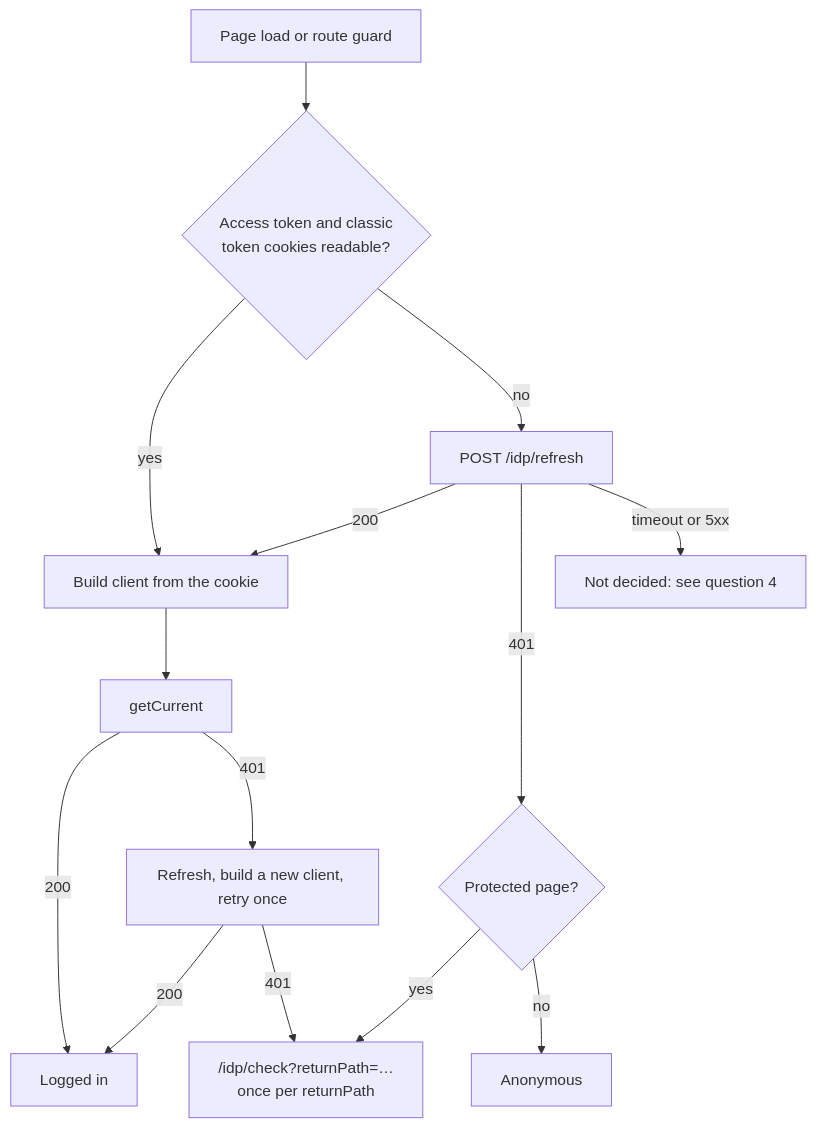
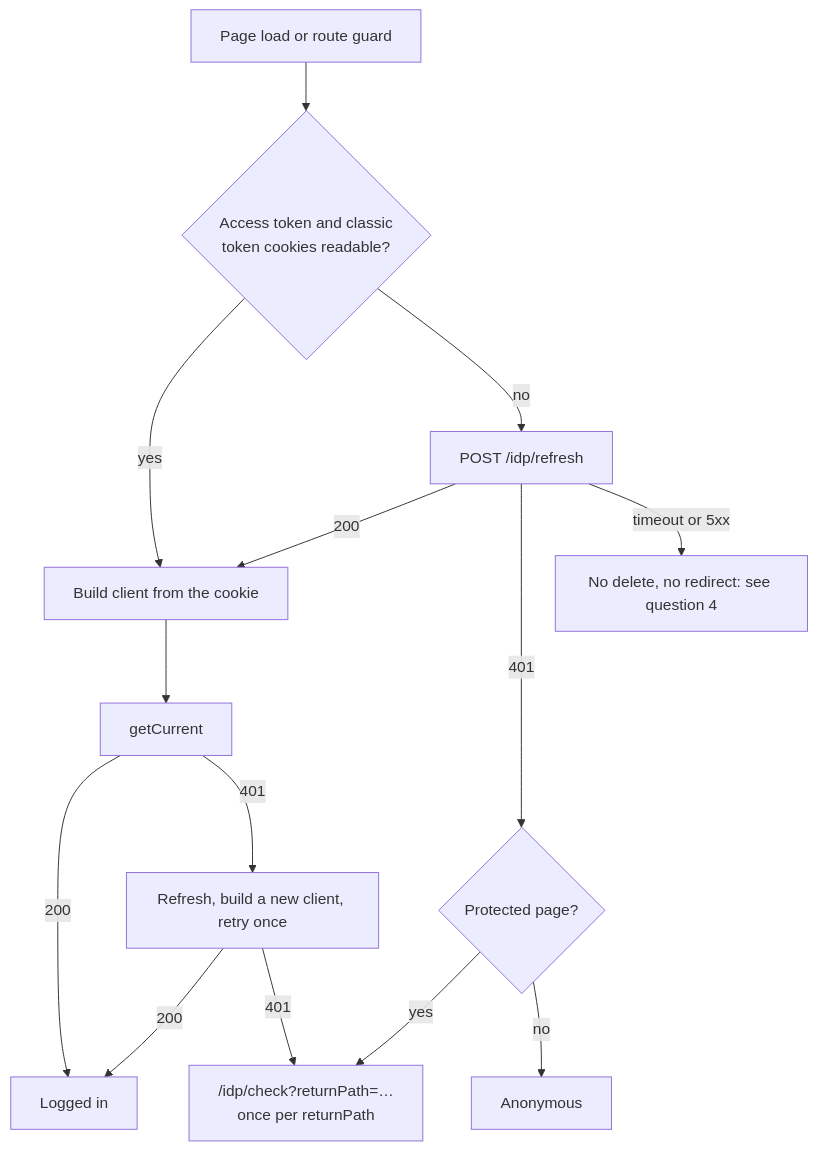
One commit to zengenti/contensis-react-base changed the diagram in docs/features/keycloak-login/README.md. Above: the diagram before and after it, drawn with Mermaid. The commit also changed other lines of this file and 2 other files, not shown here.

````diff
--- a/docs/features/keycloak-login/README.md
+++ b/docs/features/keycloak-login/README.md
@@ -141,16 +192,16 @@
 ```mermaid
 flowchart TD
     A[Page load or route guard] --> F{Access token and classic<br/>token cookies readable?}
     F -- yes --> H[Build client from the cookie]
     F -- no --> G[POST /idp/refresh]
     G -- 200 --> H
     G -- 401 --> N{Protected page?}
-    G -- timeout or 5xx --> T[Not decided: see question 4]
+    G -- timeout or 5xx --> T[No delete, no redirect: see question 4]
     N -- yes --> CK["/idp/check?returnPath=…<br/>once per returnPath"]
     N -- no --> AN[Anonymous]
     H --> I[getCurrent]
     I -- 200 --> K[Logged in]
     I -- 401 --> R[Refresh, build a new client, retry once]
     R -- 200 --> K
     R -- 401 --> CK
 ```
````
